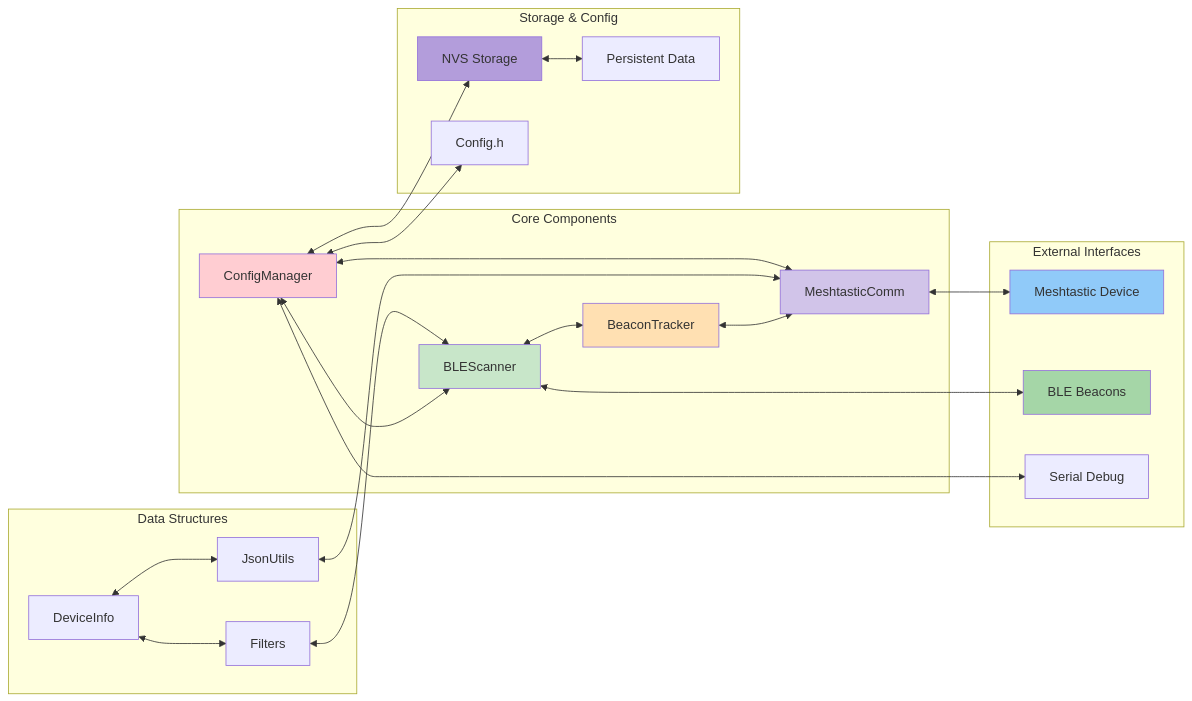
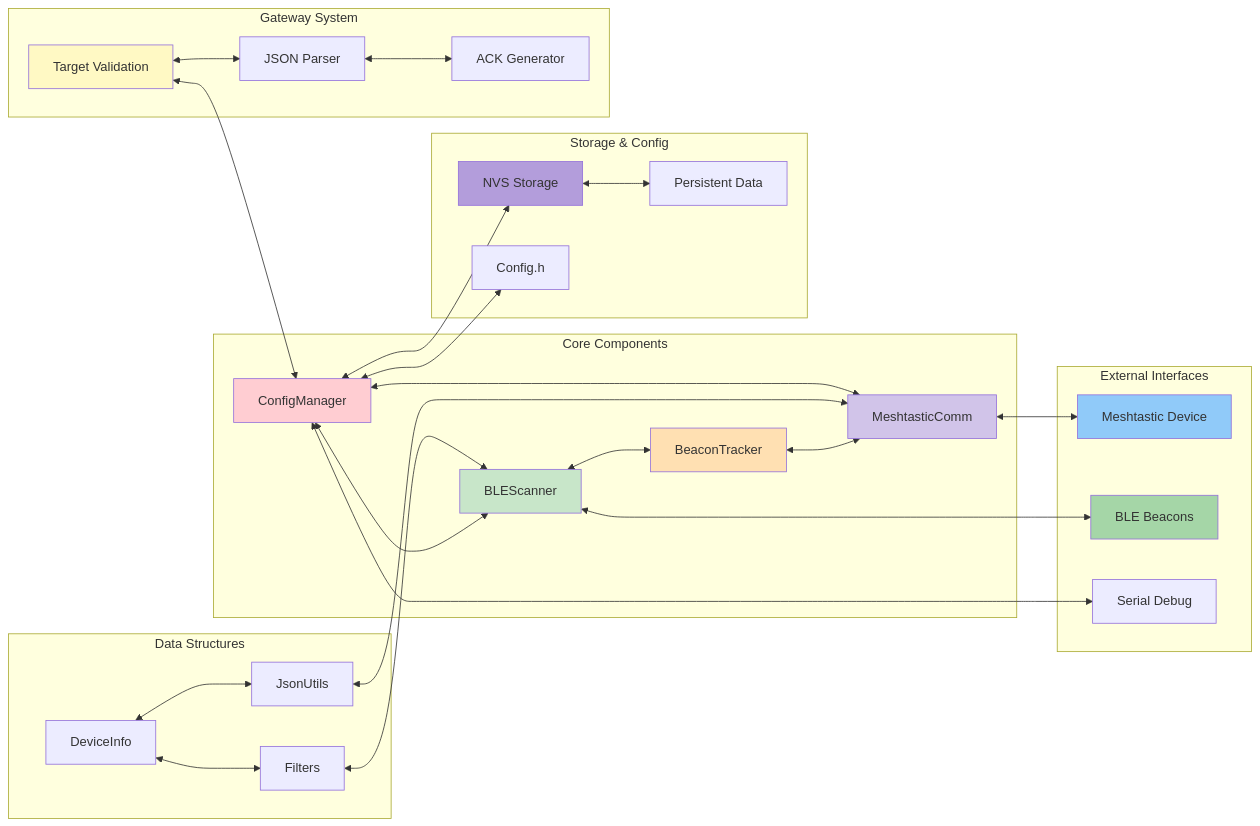
One commit to thetechbrainhub/BLE_Tracker_Base-configurable-main changed the second of 2 diagrams in README.md. Above: the diagram before and after it, drawn with Mermaid. The commit also changed other lines of this file and 1 other file, not shown here.

First line of the commit message:
release: BLE Beacon Scanner v2.1.0 - Complete Gateway Targeting System

````diff
--- a/README.md
+++ b/README.md
@@ -791,36 +794,43 @@
 ```mermaid
 graph LR
     subgraph "Core Components"
         A[ConfigManager] <--> B[BLEScanner]
         B <--> C[BeaconTracker] 
         C <--> D[MeshtasticComm]
         D <--> A
     end
     
     subgraph "Data Structures"
         E[DeviceInfo] <--> F[Filters]
         E <--> G[JsonUtils]
         F <--> B
         G <--> D
     end
     
     subgraph "Storage & Config"
         A <--> H[NVS Storage]
         A <--> I[Config.h]
         H <--> J[Persistent Data]
     end
     
     subgraph "External Interfaces"
         D <--> K[Meshtastic Device]
         B <--> L[BLE Beacons]
         A <--> M[Serial Debug]
     end
+    
+    subgraph "Gateway System"
+        N[Target Validation] <--> A
+        N <--> O[JSON Parser]
+        O <--> P[ACK Generator]
+    end
 
     style A fill:#ffcdd2
     style B fill:#c8e6c9
     style C fill:#ffe0b2
     style D fill:#d1c4e9
     style H fill:#b39ddb
     style K fill:#90caf9
     style L fill:#a5d6a7
+    style N fill:#fff9c4
 ```
````
